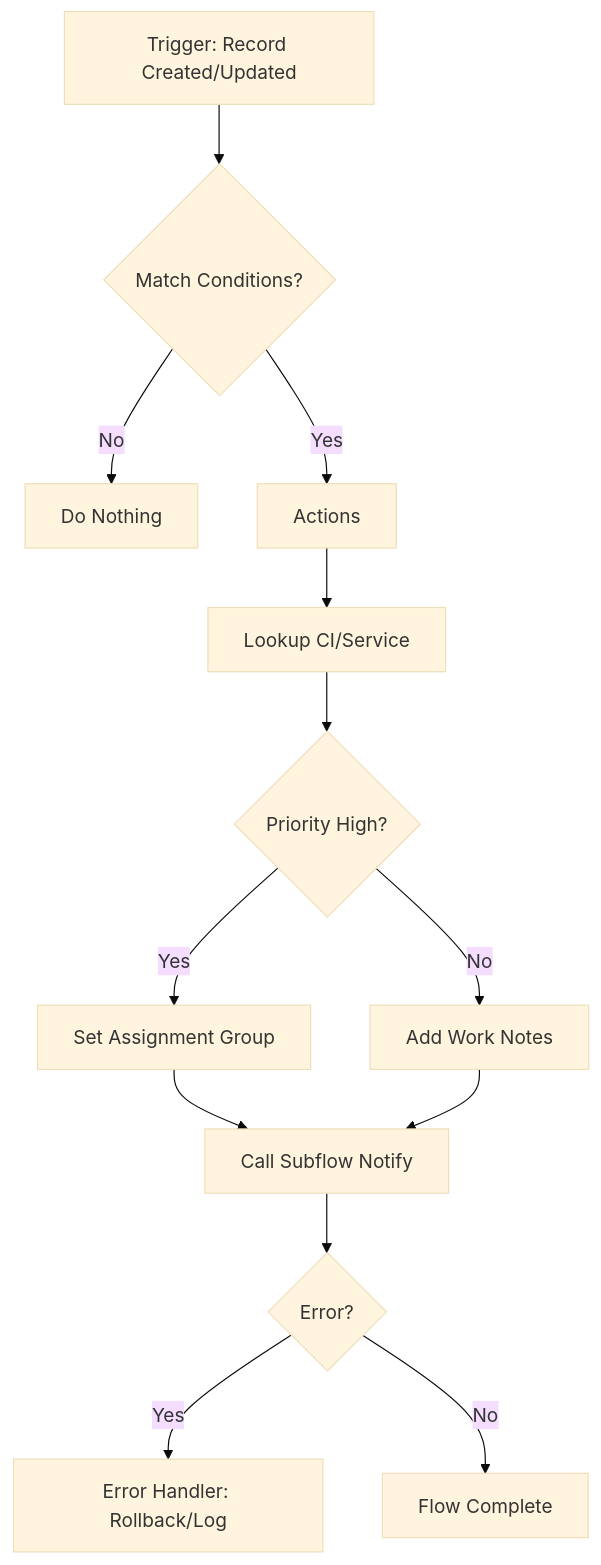
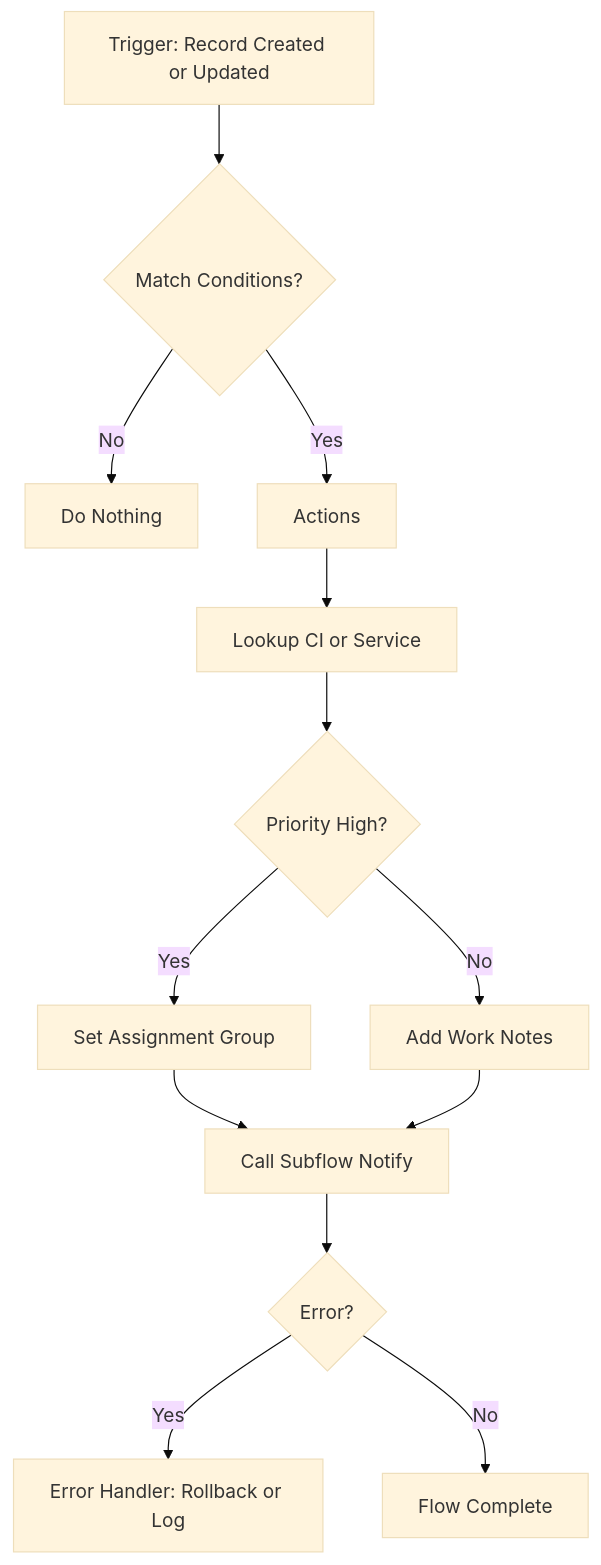
Before and after one commit to bontiharyanto/servicenowlearn: the ninth of 12 diagrams in ServiceNow_Documentation.md, drawn with Mermaid (base theme). The commit also changed other lines of this file, not shown here.

````diff
--- a/ServiceNow_Documentation.md
+++ b/ServiceNow_Documentation.md
@@ -189,15 +246,15 @@
 ```mermaid
 flowchart TD
-  TRG[Trigger: Record Created/Updated] --> COND{Match Conditions?}
+  TRG[Trigger: Record Created or Updated] --> COND{Match Conditions?}
   COND -->|No| END1[Do Nothing]
   COND -->|Yes| ACT[Actions]
-  ACT --> LUP[Lookup CI/Service]
+  ACT --> LUP[Lookup CI or Service]
   LUP --> DEC{Priority High?}
   DEC -->|Yes| ASSIGN[Set Assignment Group]
   DEC -->|No| TAG[Add Work Notes]
   ASSIGN --> SUBF[Call Subflow Notify]
   TAG --> SUBF
   SUBF --> ERR{Error?}
-  ERR -->|Yes| HNDL[Error Handler: Rollback/Log]
+  ERR -->|Yes| HNDL[Error Handler: Rollback or Log]
   ERR -->|No| DONE[Flow Complete]
 ```
````
